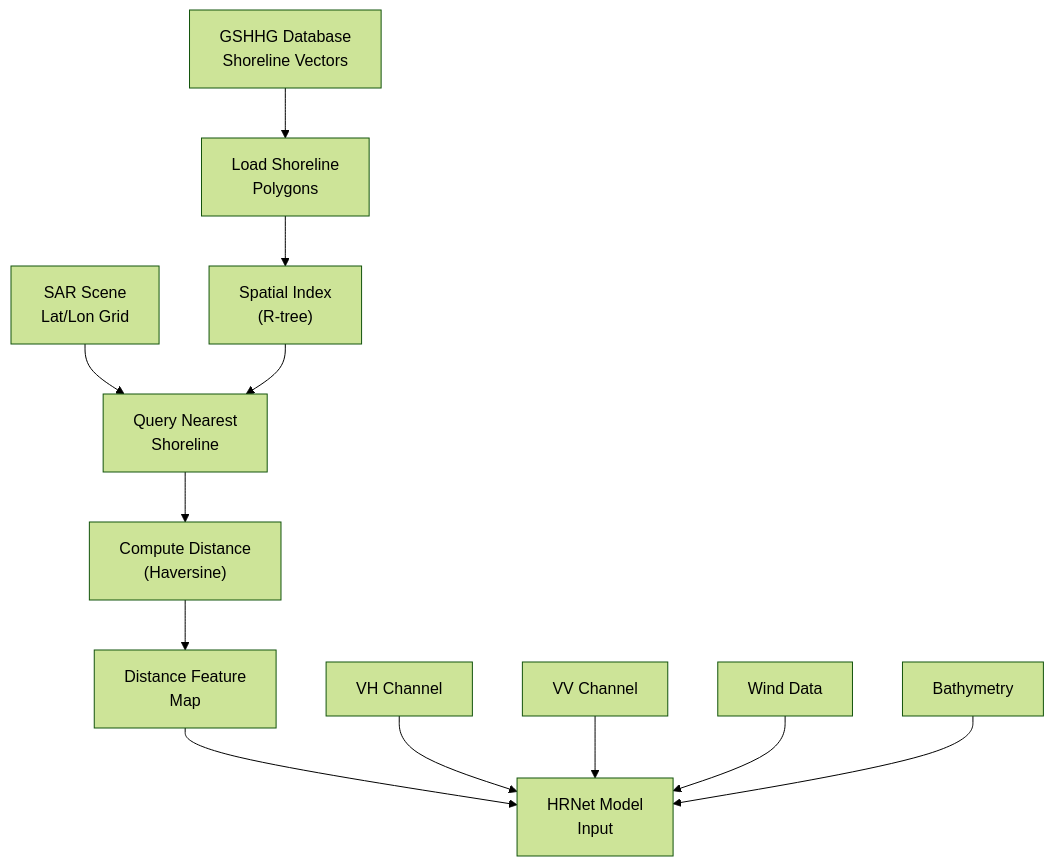
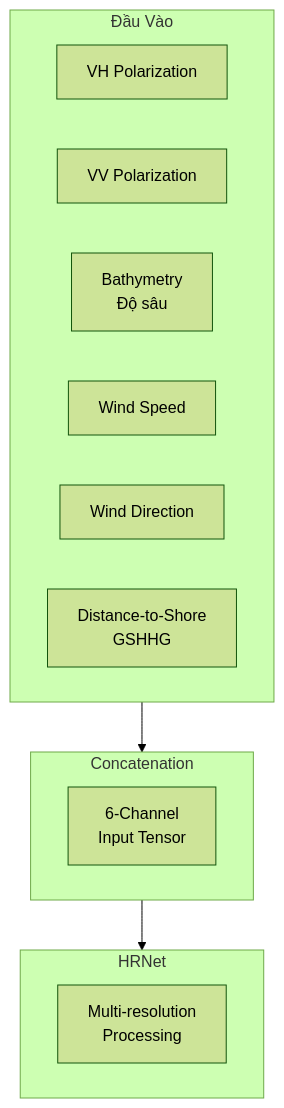
One commit to rerangst/geobayai_lab changed the third of 9 diagrams in research/chuong-06-xview-challenges/muc-03-xview3-maritime/06-giai-nam.md. Above: the diagram before and after it, drawn with Mermaid (forest theme). The commit also changed other lines of this file and 18 other files, not shown here.

````diff
--- a/research/chuong-06-xview-challenges/muc-03-xview3-maritime/06-giai-nam.md
+++ b/research/chuong-06-xview-challenges/muc-03-xview3-maritime/06-giai-nam.md
@@ -433,20 +84,21 @@
 ```mermaid
 flowchart TB
-    GSHHG["GSHHG Database<br/>Shoreline Vectors"] --> Load["Load Shoreline<br/>Polygons"]
+    subgraph INPUT["Đầu Vào"]
+        VH["VH Polarization"]
+        VV["VV Polarization"]
+        BATH["Bathymetry<br/>Độ sâu"]
+        WIND_S["Wind Speed"]
+        WIND_D["Wind Direction"]
+        DIST_SHORE["Distance-to-Shore<br/>GSHHG"]
+    end
 
-    Load --> Index["Spatial Index<br/>(R-tree)"]
+    subgraph CONCAT["Concatenation"]
+        TENSOR["6-Channel<br/>Input Tensor"]
+    end
 
-    SAR["SAR Scene<br/>Lat/Lon Grid"] --> Query["Query Nearest<br/>Shoreline"]
-    Index --> Query
+    subgraph MODEL["HRNet"]
+        HRNET["Multi-resolution<br/>Processing"]
+    end
 
-    Query --> Dist["Compute Distance<br/>(Haversine)"]
-
-    Dist --> Feature["Distance Feature<br/>Map"]
-
-    Feature --> Model["HRNet Model<br/>Input"]
-
-    VH["VH Channel"] --> Model
-    VV["VV Channel"] --> Model
-    Wind["Wind Data"] --> Model
-    Bathy["Bathymetry"] --> Model
+    INPUT --> CONCAT --> MODEL
 ```
````
